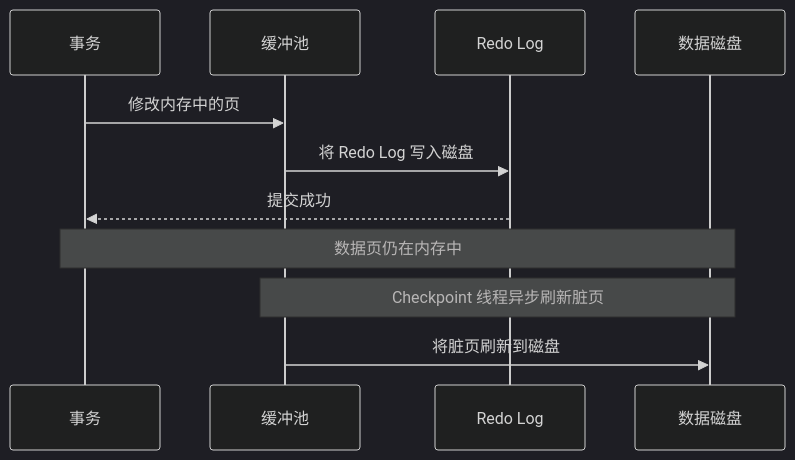
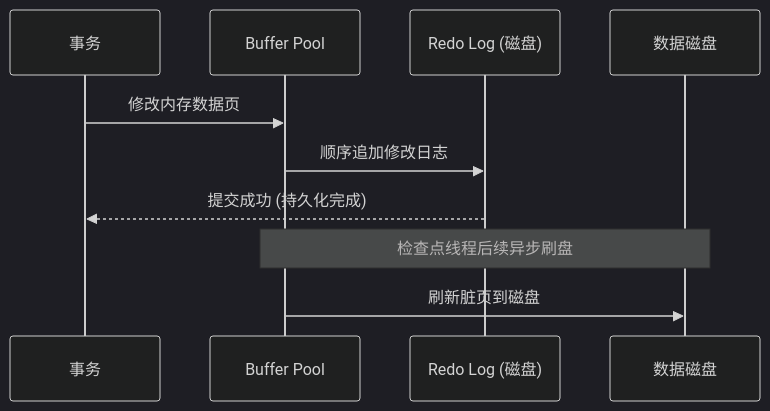
Before and after one commit to YiWang24/AiDIY: the second of 3 diagrams in i18n/zh-Hans/docusaurus-plugin-content-docs/current/cs/database/mysql/logging-replication.mdx, drawn with Mermaid (dark theme). The commit also changed other lines of this file and 59 other files, not shown here.

````diff
--- a/i18n/zh-Hans/docusaurus-plugin-content-docs/current/cs/database/mysql/logging-replication.mdx
+++ b/i18n/zh-Hans/docusaurus-plugin-content-docs/current/cs/database/mysql/logging-replication.mdx
@@ -182,16 +65,14 @@
 ```mermaid
 sequenceDiagram
     participant T as 事务
-    participant Buf as 缓冲池
-    participant Redo as Redo Log
+    participant Buf as Buffer Pool
+    participant Redo as Redo Log (磁盘)
     participant Disk as 数据磁盘
 
-    T->>Buf: 修改内存中的页
-    Buf->>Redo: 将 Redo Log 写入磁盘
-    Redo-->>T: 提交成功
+    T->>Buf: 修改内存数据页
+    Buf->>Redo: 顺序追加修改日志
+    Redo-->>T: 提交成功 (持久化完成)
 
-    Note over T,Disk: 数据页仍在内存中
-
-    Note over Buf,Disk: Checkpoint 线程异步刷新脏页
-    Buf->>Disk: 将脏页刷新到磁盘
+    Note over Buf,Disk: 检查点线程后续异步刷盘
+    Buf->>Disk: 刷新脏页到磁盘
 ```
````
